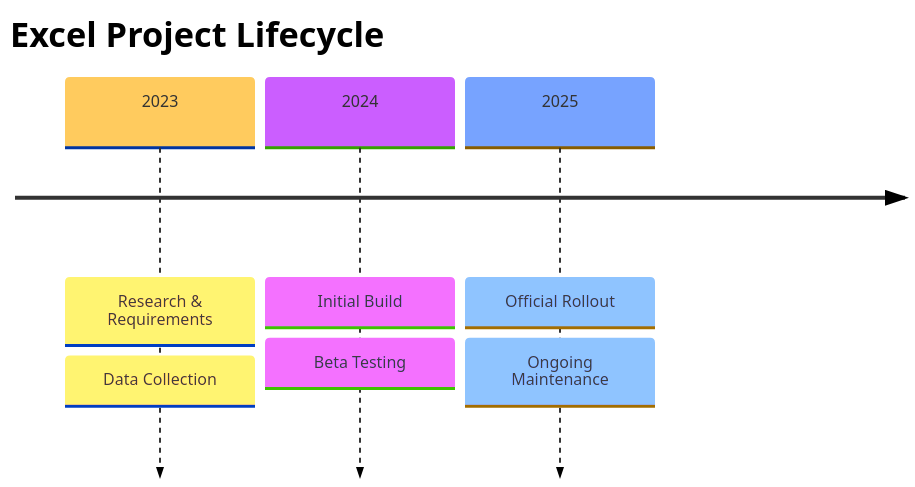
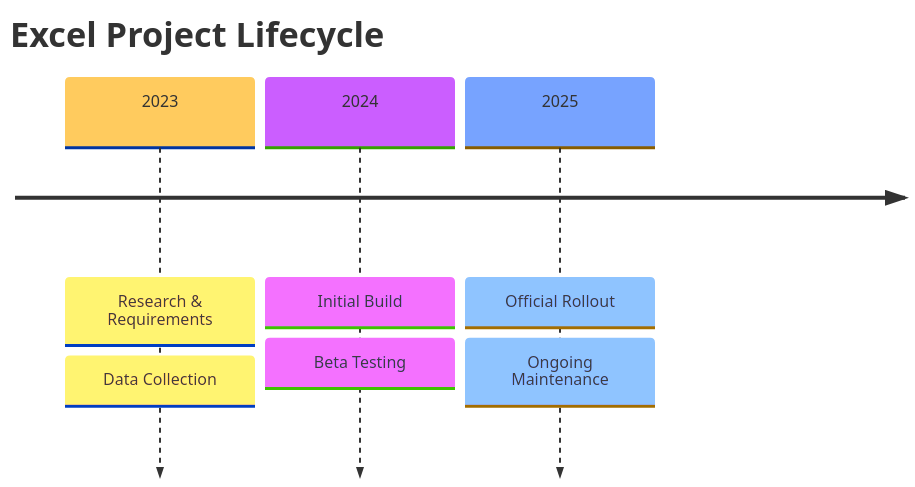
One commit to MPMc-Git/McGitNotes changed the diagram in mc-git-kb/docs/timelines/technical.md. Above: the diagram before and after it, drawn with Mermaid.

Commit message:
more bulletproof?

````diff
--- a/mc-git-kb/docs/timelines/technical.md
+++ b/mc-git-kb/docs/timelines/technical.md
@@ -8,8 +8,8 @@
 ```mermaid
-%%{init: { 'theme': 'base', 'themeVariables': { 'timelineLineColor': '#000', 'sectionBkgColor': '#fff', 'sectionTextColor': '#000', 'mainBkgColor': '#fff', 'nodeTextColor': '#000', 'lineColor': '#000', 'nodeBorderColor': '#000', 'textColor': '#000' } } }%%
+%%{init: { 'theme': 'base', 'themeVariables': { 'titleColor': '#000', 'cSectionTextColor': '#000', 'taskTextColor': '#000', 'sectionTextColor': '#000' } } }%%
 timeline
     title Excel Project Lifecycle
     2023 : Research & Requirements : Data Collection
     2024 : Initial Build : Beta Testing
     2025 : Official Rollout : Ongoing Maintenance
 ```
````
